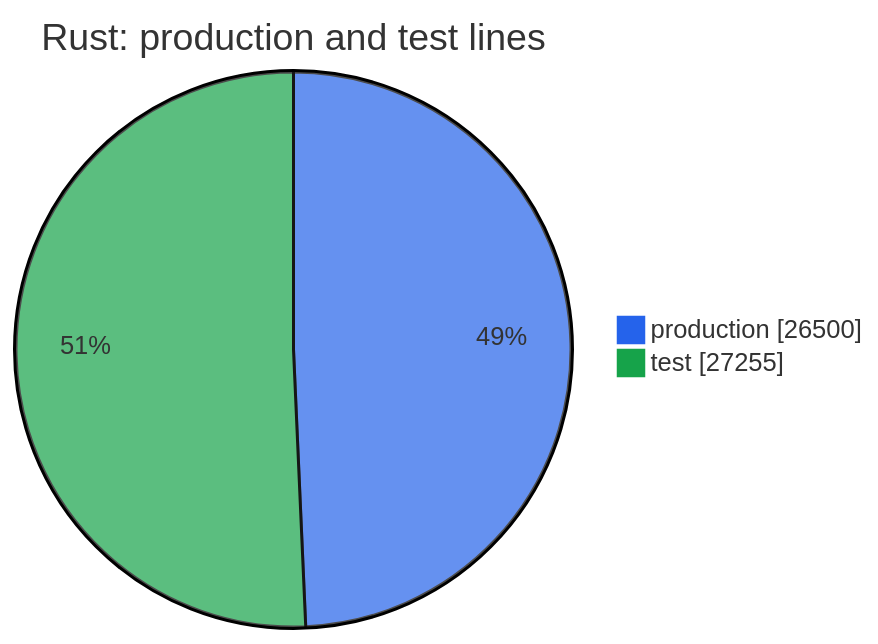
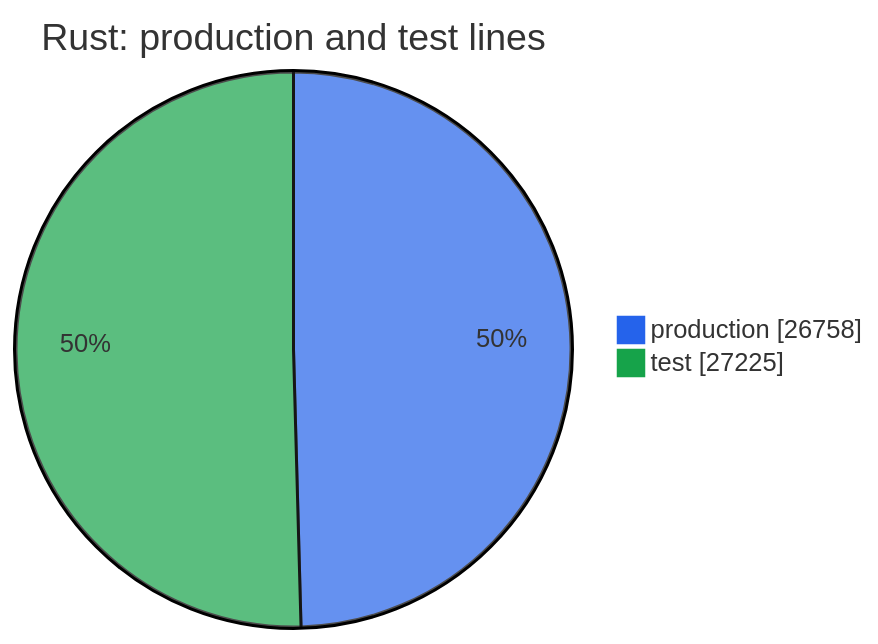
The second of 2 diagrams in metrics.md (thomascherickal/ferrum-gpu), drawn with Mermaid before and after one commit. The commit also changed other lines of this file and 126 other files, not shown here.

````diff
--- a/metrics.md
+++ b/metrics.md
@@ -35,6 +35,6 @@
 ```mermaid
 %%{init: {"theme": "base", "themeVariables": {"pie1": "#2563eb", "pie2": "#16a34a", "pie3": "#d97706", "pie4": "#db2777", "pie5": "#7c3aed", "pie6": "#0891b2", "pie7": "#65a30d", "pie8": "#dc2626"}}}%%
 pie showData title Rust: production and test lines
-    "production" : 26500
-    "test" : 27255
+    "production" : 26758
+    "test" : 27225
 ```
````
